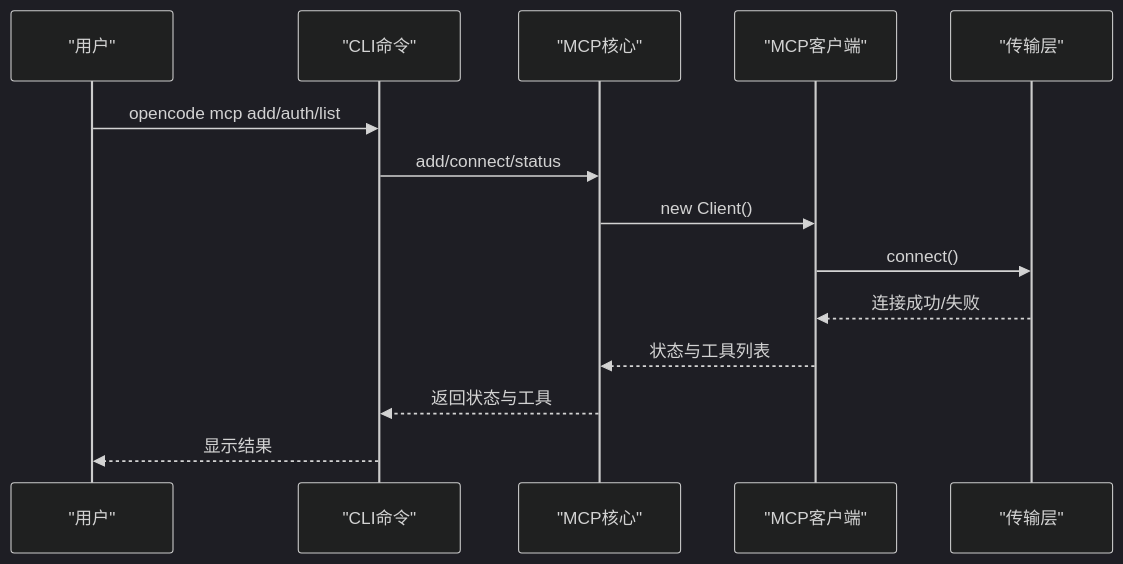
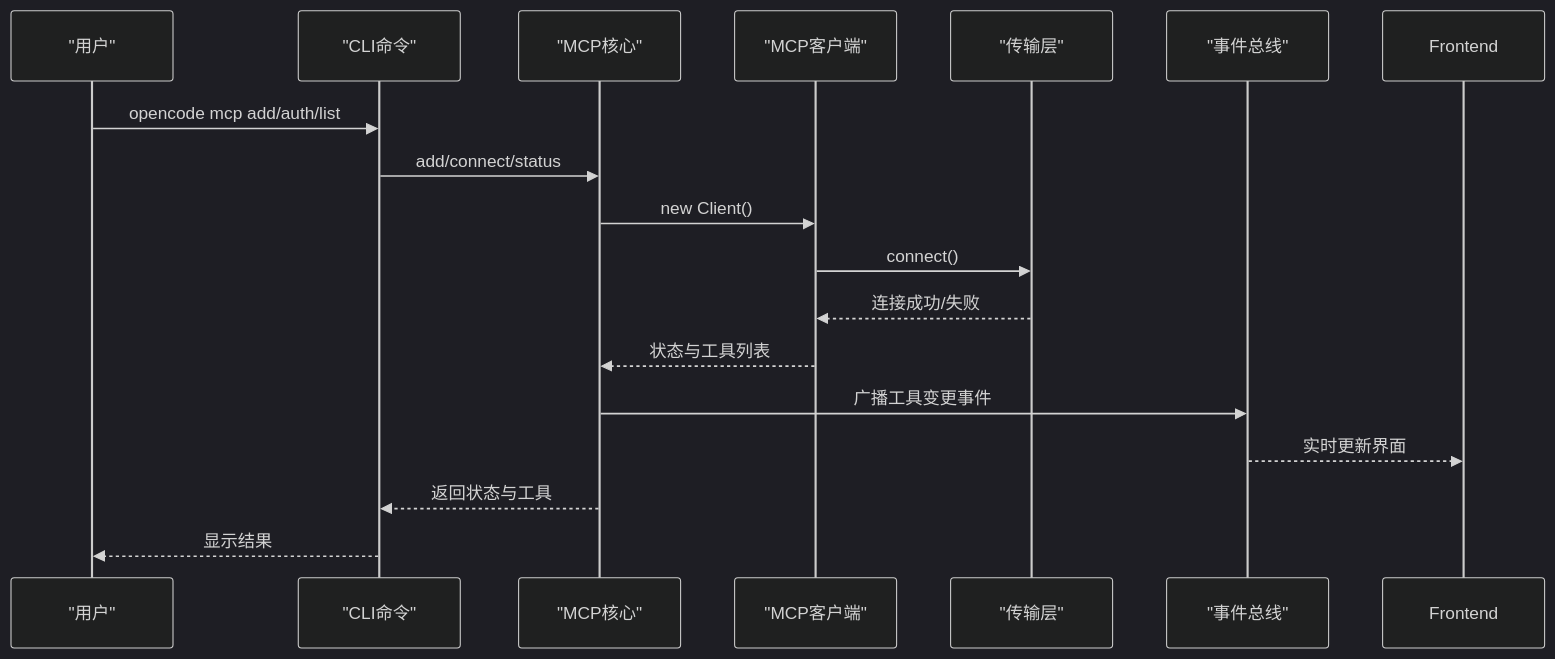
One commit to 89780012/opencode changed the fourth of 10 diagrams in .lingma/repowiki/zh/content/API参考/MCP协议.md. Above: the diagram before and after it, drawn with Mermaid (dark theme). The commit also changed other lines of this file and 7 other files, not shown here.

````diff
--- a/.lingma/repowiki/zh/content/API参考/MCP协议.md
+++ b/.lingma/repowiki/zh/content/API参考/MCP协议.md
@@ -197,16 +230,19 @@
 ```mermaid
 sequenceDiagram
 participant User as "用户"
 participant CLI as "CLI命令"
 participant MCP as "MCP核心"
 participant Client as "MCP客户端"
 participant Trans as "传输层"
+participant Bus as "事件总线"
 User->>CLI : opencode mcp add/auth/list
 CLI->>MCP : add/connect/status
 MCP->>Client : new Client()
 Client->>Trans : connect()
 Trans-->>Client : 连接成功/失败
 Client-->>MCP : 状态与工具列表
+MCP->>Bus : 广播工具变更事件
+Bus-->>Frontend : 实时更新界面
 MCP-->>CLI : 返回状态与工具
 CLI-->>User : 显示结果
 ```
````
